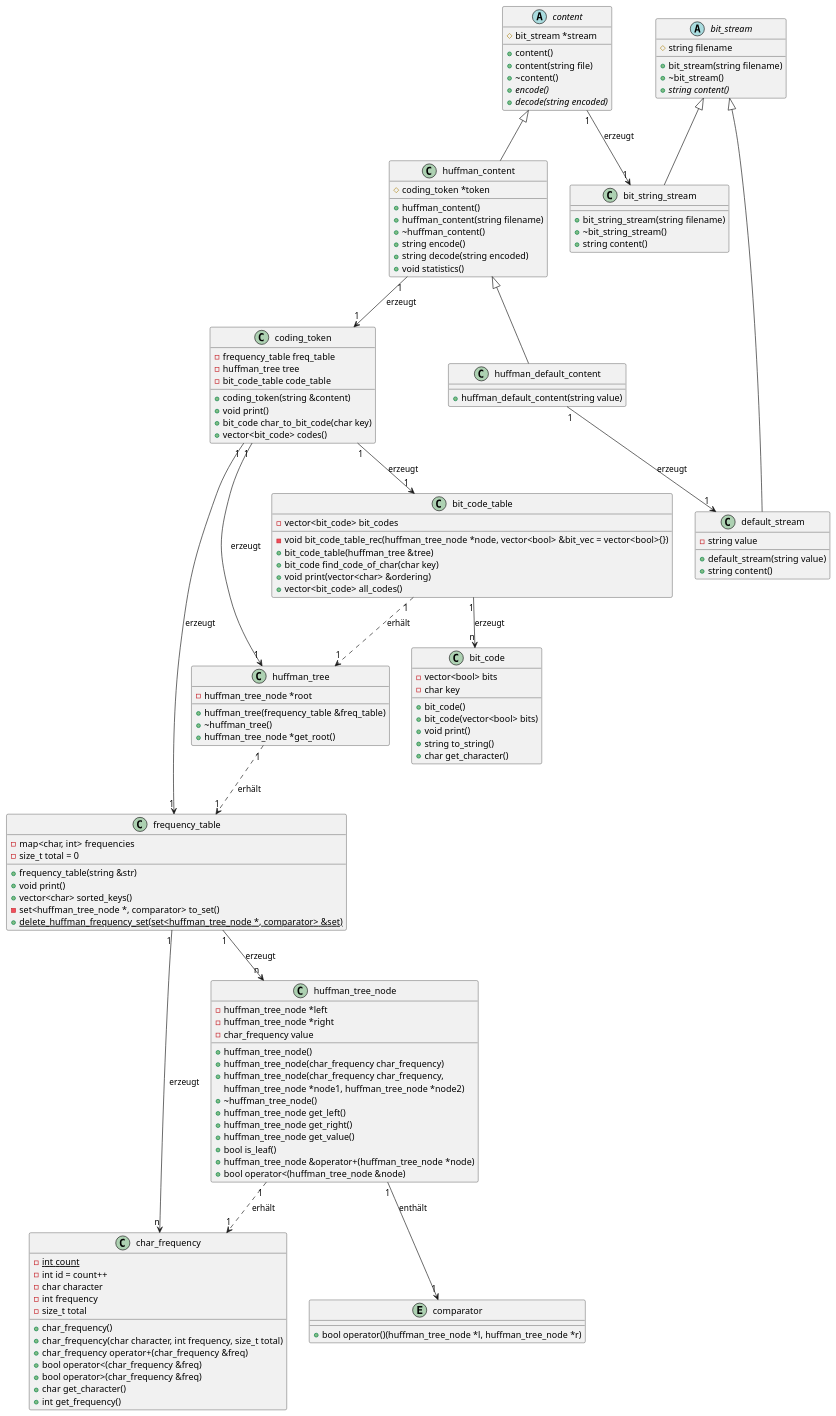
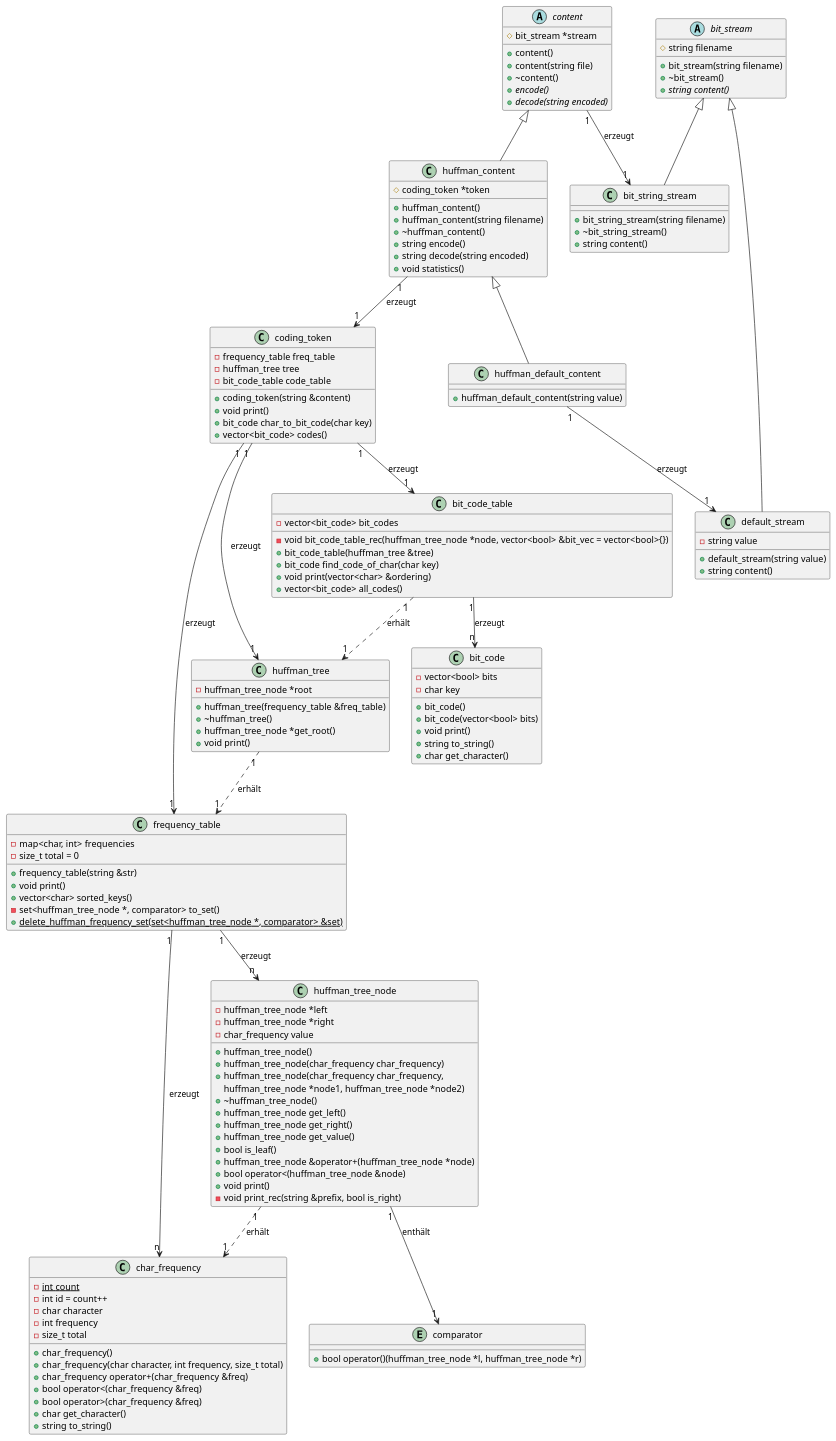
Before and after one commit to flohero/swo-exercise: the first of 4 diagrams in ueb07/doc/doc.adoc, drawn with PlantUML. The commit also changed other lines of this file and 15 other files, not shown here.

```diff
--- a/ueb07/doc/doc.adoc
+++ b/ueb07/doc/doc.adoc
@@ -85,7 +85,7 @@
     + bool operator<(char_frequency &freq)
     + bool operator>(char_frequency &freq)
     + char get_character()
-    + int get_frequency()
+    + string to_string()
 }
 
 class coding_token {
@@ -113,6 +113,7 @@
     + huffman_tree(frequency_table &freq_table)
     + \~huffman_tree()
     + huffman_tree_node *get_root()
+    + void print()
 }
 
 class huffman_tree_node {
@@ -130,6 +131,8 @@
     + bool is_leaf()
     + huffman_tree_node &operator+(huffman_tree_node *node)
     + bool operator<(huffman_tree_node &node)
+    + void print()
+    - void print_rec(string &prefix, bool is_right)
 }
 
 entity comparator {
```
